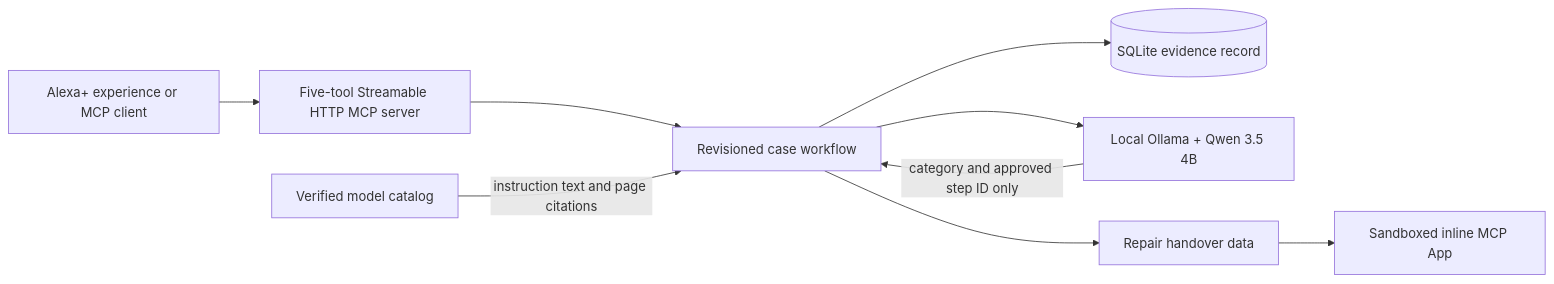
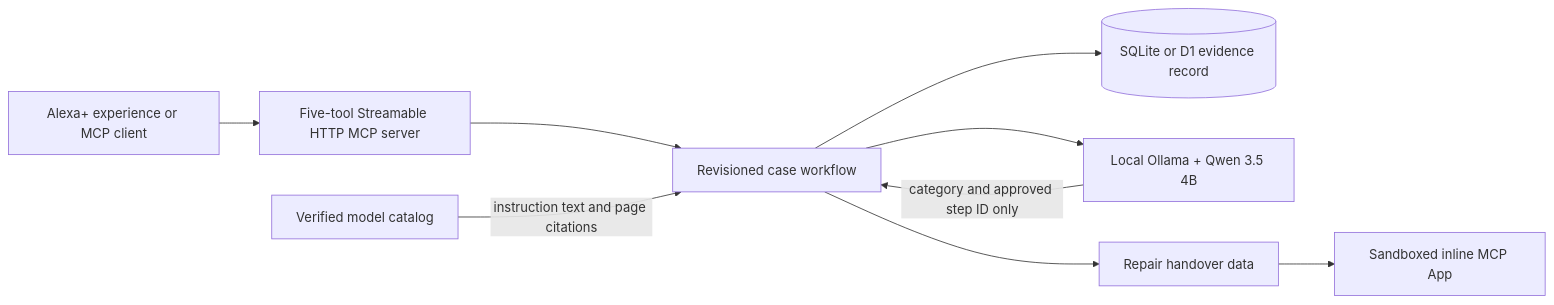
Before and after one commit to K1Andayesh/fixproof-alexa-plus: the diagram in README.md, drawn with Mermaid. The commit also changed other lines of this file and 111 other files, not shown here.

````diff
--- a/README.md
+++ b/README.md
@@ -20,11 +20,11 @@
 ```mermaid
 flowchart LR
     A[Alexa+ experience or MCP client] --> B[Five-tool Streamable HTTP MCP server]
     B --> C[Revisioned case workflow]
-    C --> D[(SQLite evidence record)]
+    C --> D[(SQLite or D1 evidence record)]
     C --> E[Local Ollama + Qwen 3.5 4B]
     E -->|category and approved step ID only| C
     F[Verified model catalog] -->|instruction text and page citations| C
     C --> G[Repair handover data]
     G --> H[Sandboxed inline MCP App]
 ```
````
